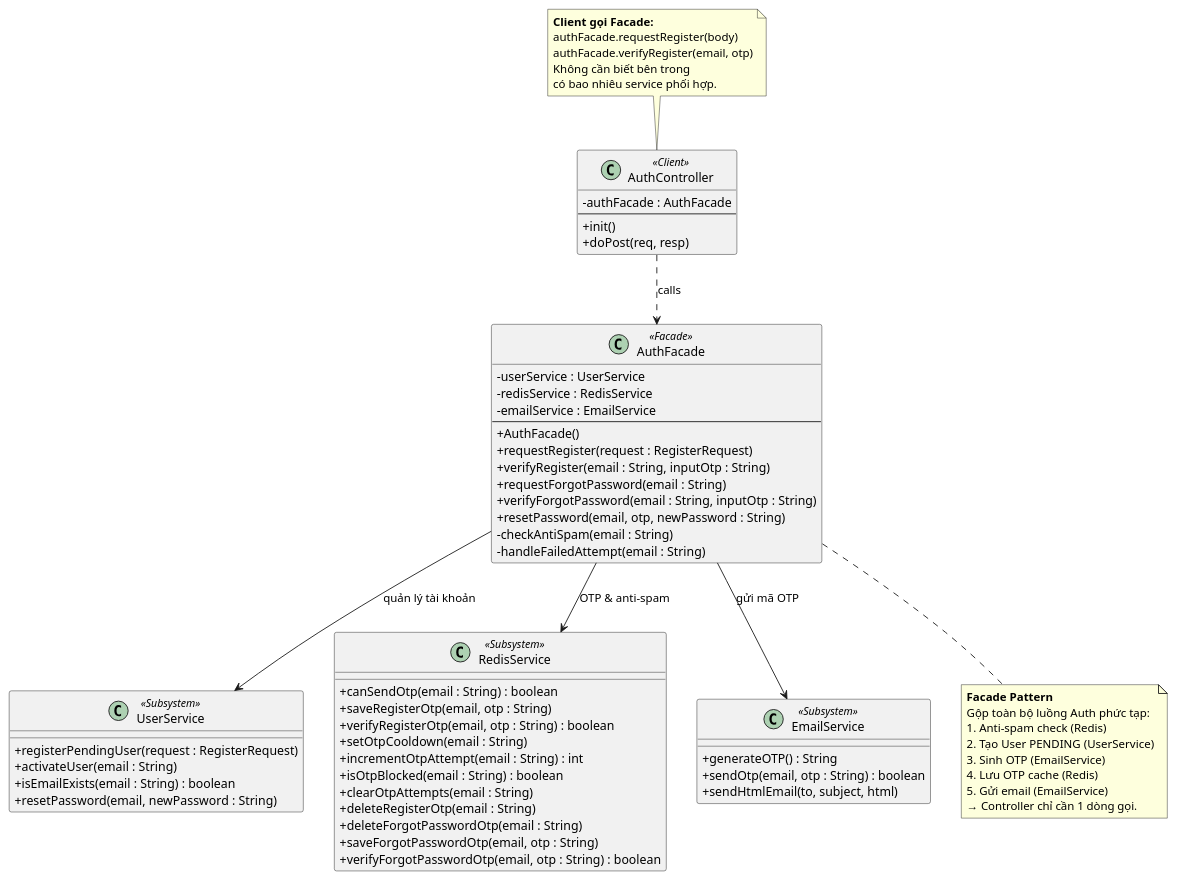
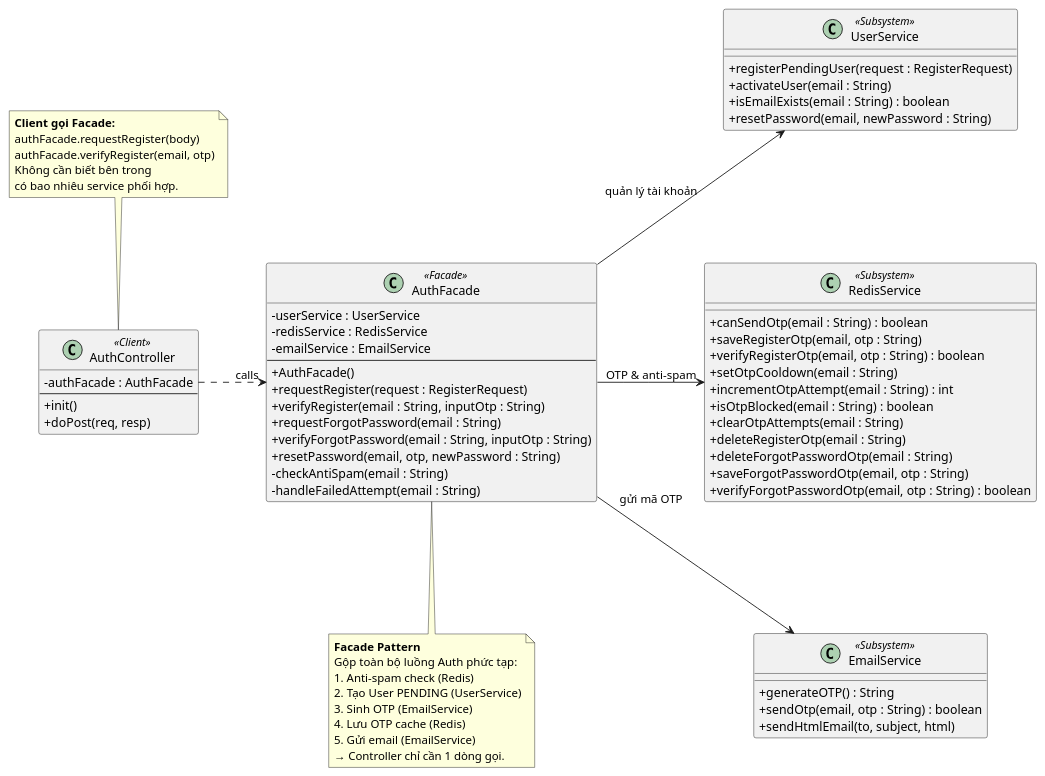
One commit to trihieuvo/justFUML changed the diagram in src/Hieu_Pattern_Puml/facade_auth.puml. Above: the diagram before and after it, drawn with PlantUML. The commit also changed 8 other files, not shown here.

First line of the commit message:
Add slide design guide and tidy PlantUML diagrams

```diff
--- a/src/Hieu_Pattern_Puml/facade_auth.puml
+++ b/src/Hieu_Pattern_Puml/facade_auth.puml
@@ -1,82 +1,85 @@
 @startuml
 skinparam ClassAttributeIconSize 0
+left to right direction
+skinparam ranksep 10
+skinparam nodesep 150
 
 ' --- Facade ---
 class AuthFacade <<Facade>> {
     - userService : UserService
     - redisService : RedisService
     - emailService : EmailService
     --
     + AuthFacade()
     + requestRegister(request : RegisterRequest)
     + verifyRegister(email : String, inputOtp : String)
     + requestForgotPassword(email : String)
     + verifyForgotPassword(email : String, inputOtp : String)
     + resetPassword(email, otp, newPassword : String)
     - checkAntiSpam(email : String)
     - handleFailedAttempt(email : String)
 }
 
 ' --- Subsystem Classes ---
 class UserService <<Subsystem>> {
     + registerPendingUser(request : RegisterRequest)
     + activateUser(email : String)
     + isEmailExists(email : String) : boolean
     + resetPassword(email, newPassword : String)
 }
 
 class RedisService <<Subsystem>> {
   + canSendOtp(email : String) : boolean
   + saveRegisterOtp(email, otp : String)
   + verifyRegisterOtp(email, otp : String) : boolean
   + setOtpCooldown(email : String)
   + incrementOtpAttempt(email : String) : int
   + isOtpBlocked(email : String) : boolean
   + clearOtpAttempts(email : String)
   + deleteRegisterOtp(email : String)
   + deleteForgotPasswordOtp(email : String)
   + saveForgotPasswordOtp(email, otp : String)
   + verifyForgotPasswordOtp(email, otp : String) : boolean
 }
 
 class EmailService <<Subsystem>> {
   + generateOTP() : String
   + sendOtp(email, otp : String) : boolean
   + sendHtmlEmail(to, subject, html)
 }
 
 ' --- Client ---
 class AuthController <<Client>> {
     - authFacade : AuthFacade
     --
     + init()
     + doPost(req, resp)
 }
 
 ' --- Relationships ---
 AuthFacade --> UserService : "quản lý tài khoản"
 AuthFacade --> RedisService : "OTP & anti-spam"
 AuthFacade --> EmailService : "gửi mã OTP"
 AuthController ..> AuthFacade : "calls"
 
 ' --- Notes ---
 note bottom of AuthFacade
   **Facade Pattern**
   Gộp toàn bộ luồng Auth phức tạp:
   1. Anti-spam check (Redis)
   2. Tạo User PENDING (UserService)
   3. Sinh OTP (EmailService)
   4. Lưu OTP cache (Redis)
   5. Gửi email (EmailService)
   → Controller chỉ cần 1 dòng gọi.
 end note
 
 note top of AuthController
   **Client gọi Facade:**
   authFacade.requestRegister(body)
   authFacade.verifyRegister(email, otp)
   Không cần biết bên trong 
   có bao nhiêu service phối hợp.
 end note
 
 @enduml
```
